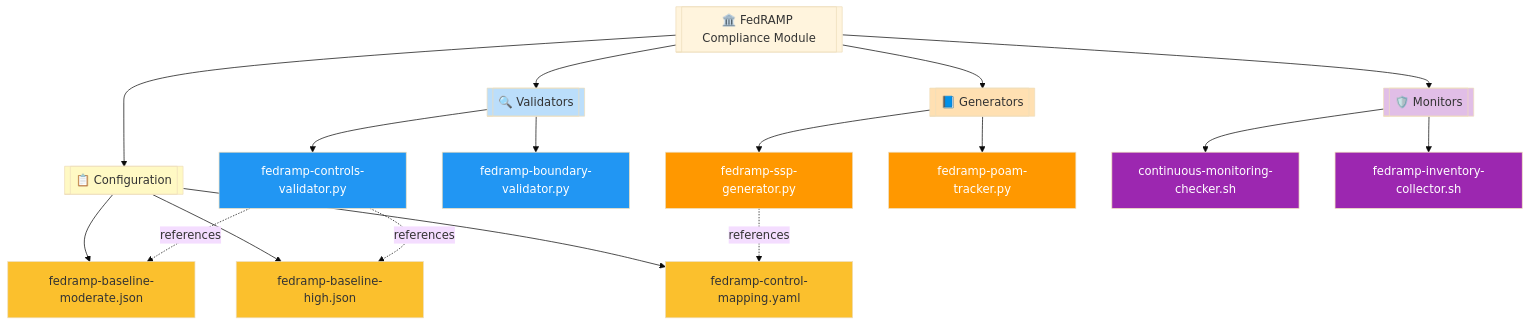
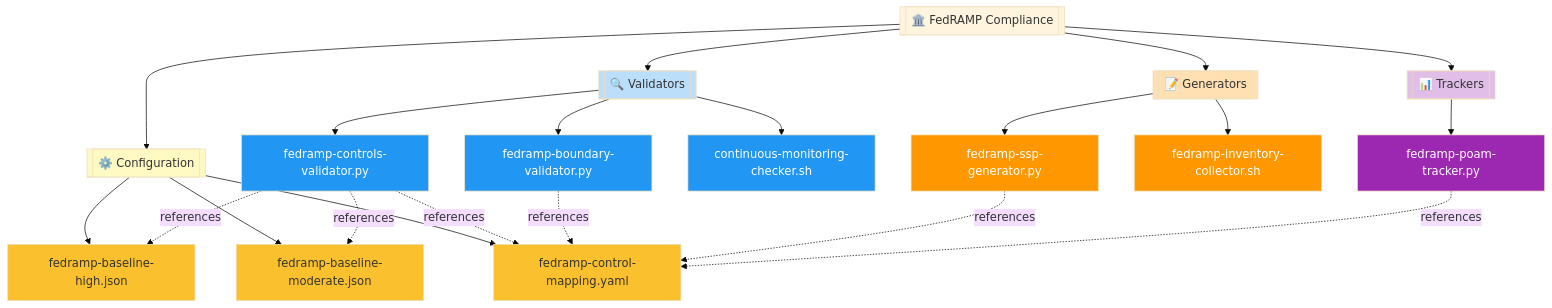
Before and after one commit to Suren-Jewels/Scripts-Toolkit: the first of 4 diagrams in security-compliance/fedramp/README.md, drawn with Mermaid (base theme). The commit also changed other lines of this file, not shown here.

````diff
--- a/security-compliance/fedramp/README.md
+++ b/security-compliance/fedramp/README.md
@@ -45,42 +41,45 @@
 ```mermaid
 graph TD
-    Root[[🏛️ FedRAMP Compliance Module]]
+    Root[[🏛️ FedRAMP Compliance]]
     
     Root --> Category1[[🔍 Validators]]
-    Root --> Category2[[📘 Generators]]
-    Root --> Category3[[🛡️ Monitors]]
-    Root --> Category4[[📋 Configuration]]
+    Root --> Category2[[📝 Generators]]
+    Root --> Category3[[📊 Trackers]]
+    Root --> Category4[[⚙️ Configuration]]
     
     Category1 --> File1[fedramp-controls-validator.py]
     Category1 --> File2[fedramp-boundary-validator.py]
+    Category1 --> File3[continuous-monitoring-checker.sh]
     
-    Category2 --> File3[fedramp-ssp-generator.py]
-    Category2 --> File4[fedramp-poam-tracker.py]
+    Category2 --> File4[fedramp-ssp-generator.py]
+    Category2 --> File5[fedramp-inventory-collector.sh]
     
-    Category3 --> File5[continuous-monitoring-checker.sh]
-    Category3 --> File6[fedramp-inventory-collector.sh]
+    Category3 --> File6[fedramp-poam-tracker.py]
     
     Category4 --> Config1[fedramp-control-mapping.yaml]
     Category4 --> Config2[fedramp-baseline-moderate.json]
     Category4 --> Config3[fedramp-baseline-high.json]
     
+    File1 -.references.-> Config1
     File1 -.references.-> Config2
     File1 -.references.-> Config3
-    File3 -.references.-> Config1
+    File2 -.references.-> Config1
+    File4 -.references.-> Config1
+    File6 -.references.-> Config1
     
     style Category1 fill:#BBDEFB
     style Category2 fill:#FFE0B2
     style Category3 fill:#E1BEE7
     style Category4 fill:#FFF9C4
     
     style File1 fill:#2196F3,color:#fff
     style File2 fill:#2196F3,color:#fff
-    style File3 fill:#FF9800,color:#fff
+    style File3 fill:#2196F3,color:#fff
     style File4 fill:#FF9800,color:#fff
-    style File5 fill:#9C27B0,color:#fff
+    style File5 fill:#FF9800,color:#fff
     style File6 fill:#9C27B0,color:#fff
     
     style Config1 fill:#FBC02D
     style Config2 fill:#FBC02D
     style Config3 fill:#FBC02D
 ```
````
